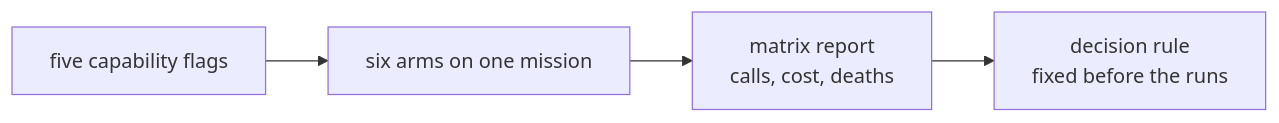
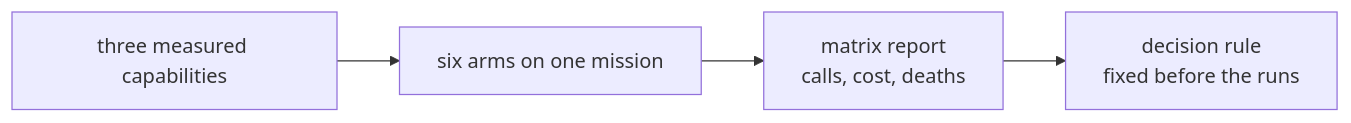
The diagram in docs/reports/week3_capability_matrix.md (fallenfuzz/claude-code-camp-2026-Q2_1), drawn with Mermaid before and after one commit. The commit also changed other lines of this file and 8 other files, not shown here.

````diff
--- a/docs/reports/week3_capability_matrix.md
+++ b/docs/reports/week3_capability_matrix.md
@@ -6,6 +6,6 @@
 ```mermaid
 flowchart LR
-  P["five capability flags"] --> A["six arms on one mission"]
+  P["three measured capabilities"] --> A["six arms on one mission"]
   A --> M["matrix report<br/>calls, cost, deaths"]
   M --> D["decision rule<br/>fixed before the runs"]
 ```
````
